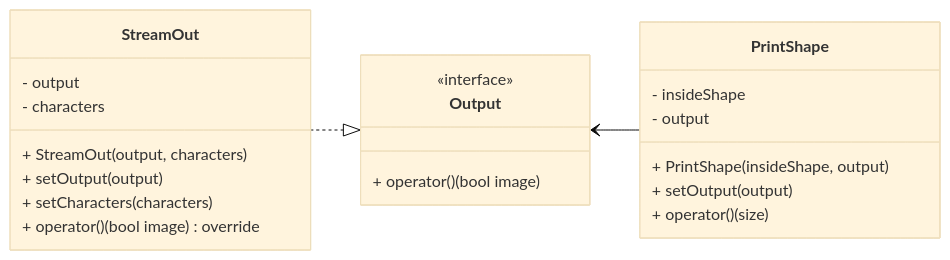
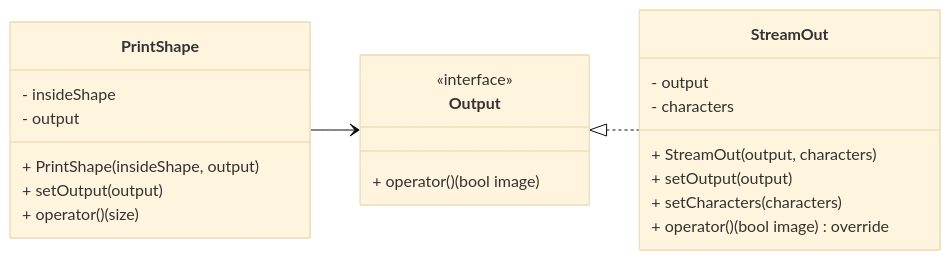
The second of 2 diagrams in README.md (bosornd/shape-printer), drawn with Mermaid (base theme) before and after one commit.

Commit message:
6_writing_adr

````diff
--- a/README.md
+++ b/README.md
@@ -21,26 +21,26 @@
 ```mermaid
 classDiagram
-  direction RL
+  direction LR
   class PrintShape {
     - insideShape
     - output
     + PrintShape(insideShape, output)
     + setOutput(output)
     + operator()(size)
   }
   class Output {
     <<interface>>
     + operator()(bool image)
   }
   class StreamOut {
     - output
     - characters
     + StreamOut(output, characters)
     + setOutput(output)
     + setCharacters(characters)
     + operator()(bool image) override
   }
   Output <|.. StreamOut
   PrintShape --> Output
 
 ```
````
